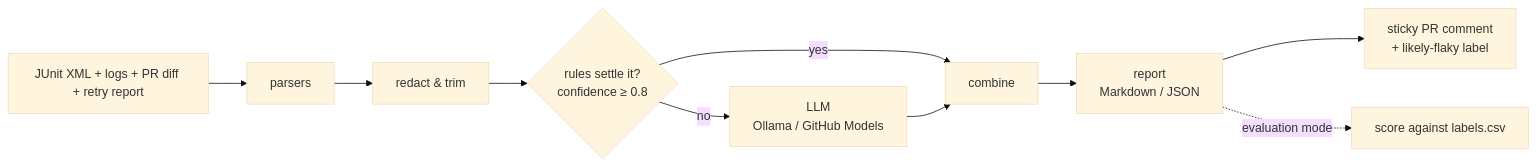
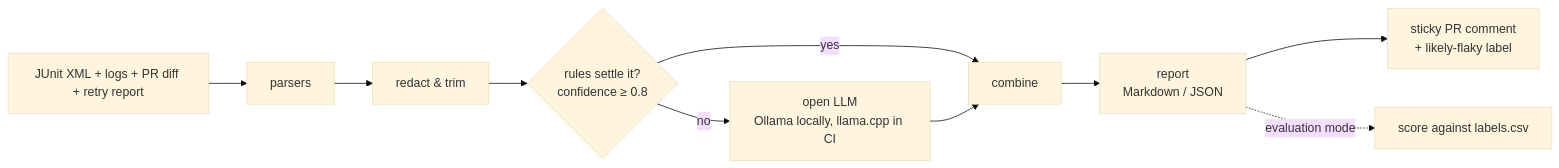
The diagram in docs/plan.md (andrewlesley10/flakeHunter), drawn with Mermaid (base theme) before and after one commit. The commit also changed 3 other files, not shown here.

````diff
--- a/docs/plan.md
+++ b/docs/plan.md
@@ -11,12 +11,12 @@
 ```mermaid
 flowchart LR
     A[JUnit XML + logs + PR diff + retry report] --> B[parsers]
     B --> C[redact & trim]
     C --> D{rules settle it?<br/>confidence ≥ 0.8}
     D -- yes --> F[combine]
-    D -- no --> E[LLM<br/>Ollama / GitHub Models]
+    D -- no --> E[open LLM<br/>Ollama locally, llama.cpp in CI]
     E --> F
     F --> G[report<br/>Markdown / JSON]
     G --> H[sticky PR comment<br/>+ likely-flaky label]
     G -. evaluation mode .-> I[score against labels.csv]
 ```
````
